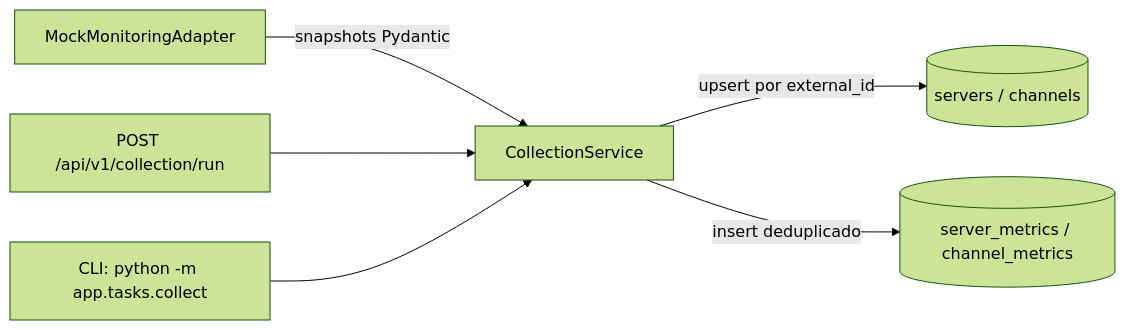
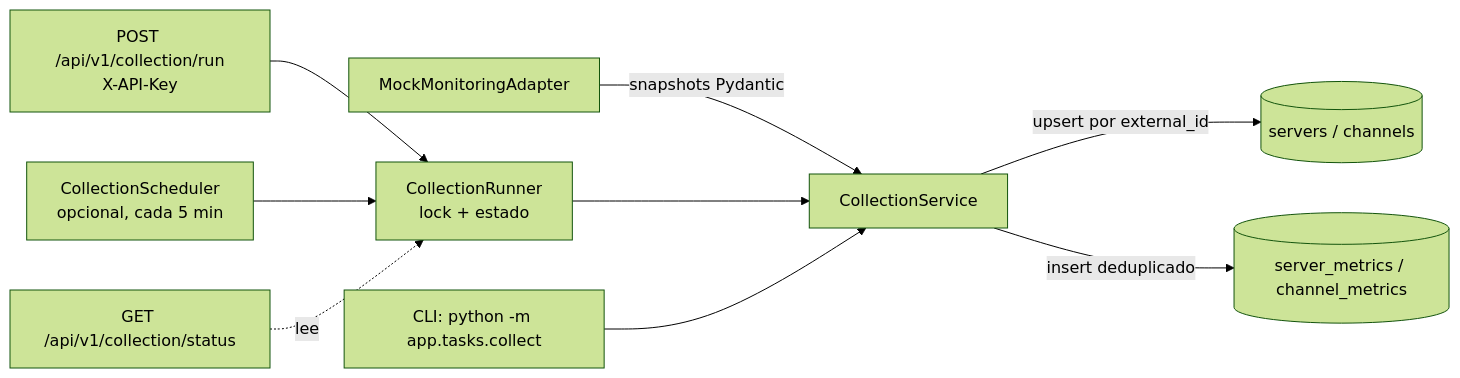
One commit to MiguelTroncoso/superflash_ia changed the first of 2 diagrams in docs/architecture.md. Above: the diagram before and after it, drawn with Mermaid (forest theme). The commit also changed other lines of this file and 17 other files, not shown here.

````diff
--- a/docs/architecture.md
+++ b/docs/architecture.md
@@ -14,8 +14,11 @@
 ```mermaid
 flowchart LR
     A[MockMonitoringAdapter] -->|snapshots Pydantic| B[CollectionService]
     B -->|upsert por external_id| C[(servers / channels)]
     B -->|insert deduplicado| D[(server_metrics / channel_metrics)]
-    E[POST /api/v1/collection/run] --> B
+    R[CollectionRunner<br/>lock + estado] --> B
+    E[POST /api/v1/collection/run<br/>X-API-Key] --> R
+    S[CollectionScheduler<br/>opcional, cada 5 min] --> R
     F[CLI: python -m app.tasks.collect] --> B
+    ST[GET /api/v1/collection/status] -.lee.-> R
 ```
````
